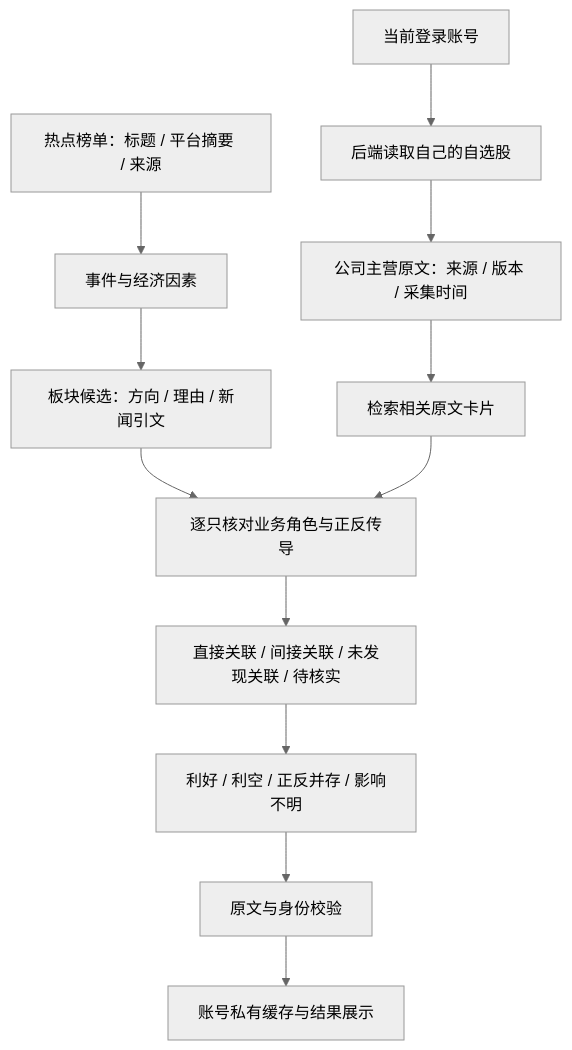
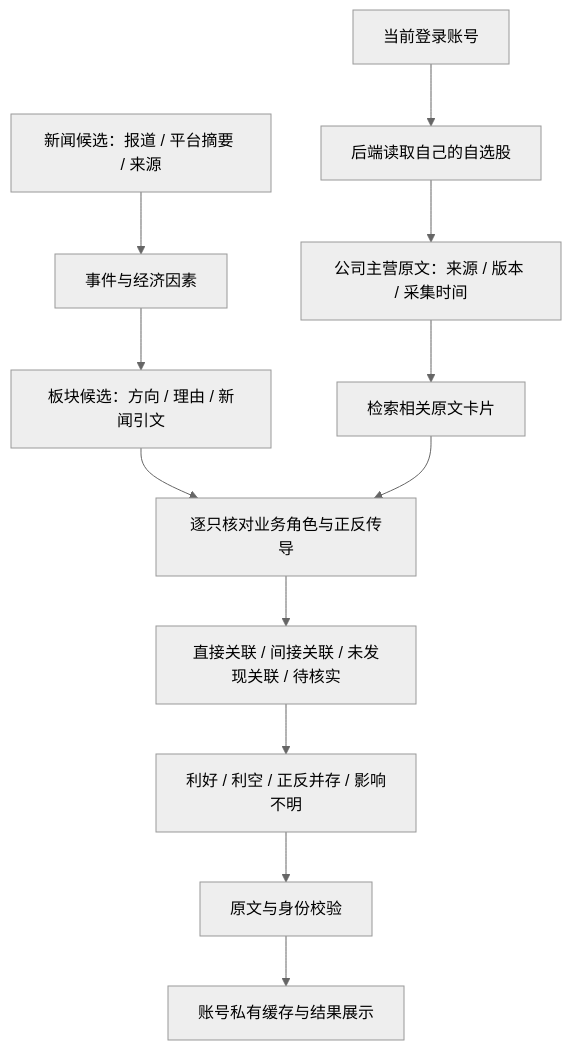
The diagram in docs/hot-stock-architecture.md (hus-king/finpulse), drawn with Mermaid (neutral theme) before and after one commit. The commit also changed other lines of this file and 20 other files, not shown here.

````diff
--- a/docs/hot-stock-architecture.md
+++ b/docs/hot-stock-architecture.md
@@ -7,14 +7,14 @@
 ```mermaid
 flowchart TD
-    A[热点榜单：标题 / 平台摘要 / 来源] --> B[事件与经济因素]
+    A[新闻候选：报道 / 平台摘要 / 来源] --> B[事件与经济因素]
     U[当前登录账号] --> W[后端读取自己的自选股]
     W --> C[公司主营原文：来源 / 版本 / 采集时间]
     C --> R[检索相关原文卡片]
     B --> S[板块候选：方向 / 理由 / 新闻引文]
     S --> D[逐只核对业务角色与正反传导]
     R --> D
     D --> E[直接关联 / 间接关联 / 未发现关联 / 待核实]
     E --> F[利好 / 利空 / 正反并存 / 影响不明]
     F --> G[原文与身份校验]
     G --> H[账号私有缓存与结果展示]
 ```
````
